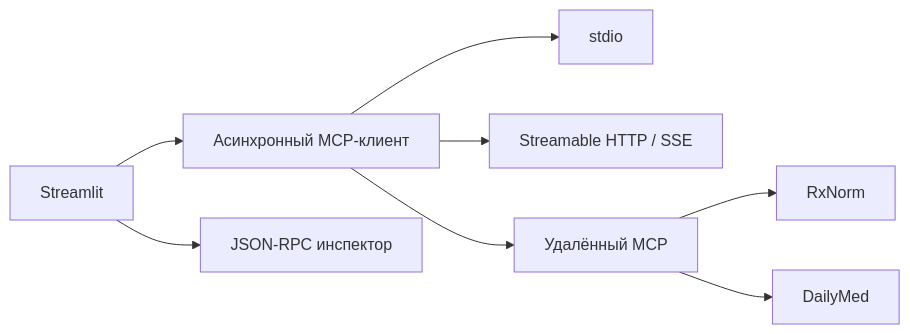
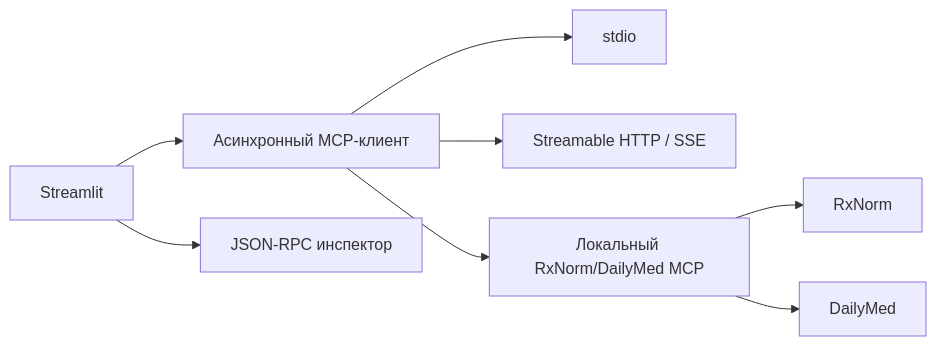
The diagram in README.md (bonbon612/ai-clinical-pharmacologist), drawn with Mermaid before and after one commit. The commit also changed other lines of this file and 10 other files, not shown here.

````diff
--- a/README.md
+++ b/README.md
@@ -20,10 +20,10 @@
 ```mermaid
 flowchart LR
     UI[Streamlit] --> C[Асинхронный MCP-клиент]
     C --> S[stdio]
     C --> H[Streamable HTTP / SSE]
-    C --> R[Удалённый MCP]
+    C --> R[Локальный RxNorm/DailyMed MCP]
     R --> RX[RxNorm]
     R --> DM[DailyMed]
     UI --> I[JSON-RPC инспектор]
 ```
````
